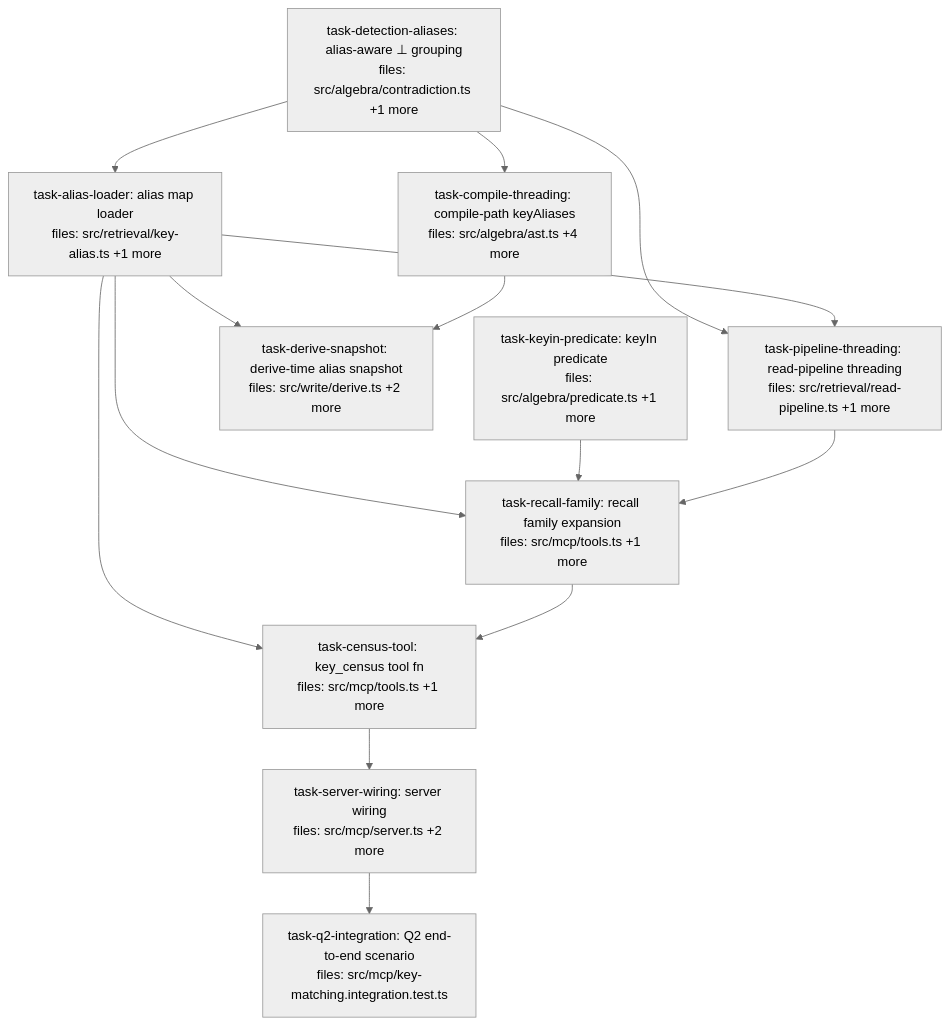
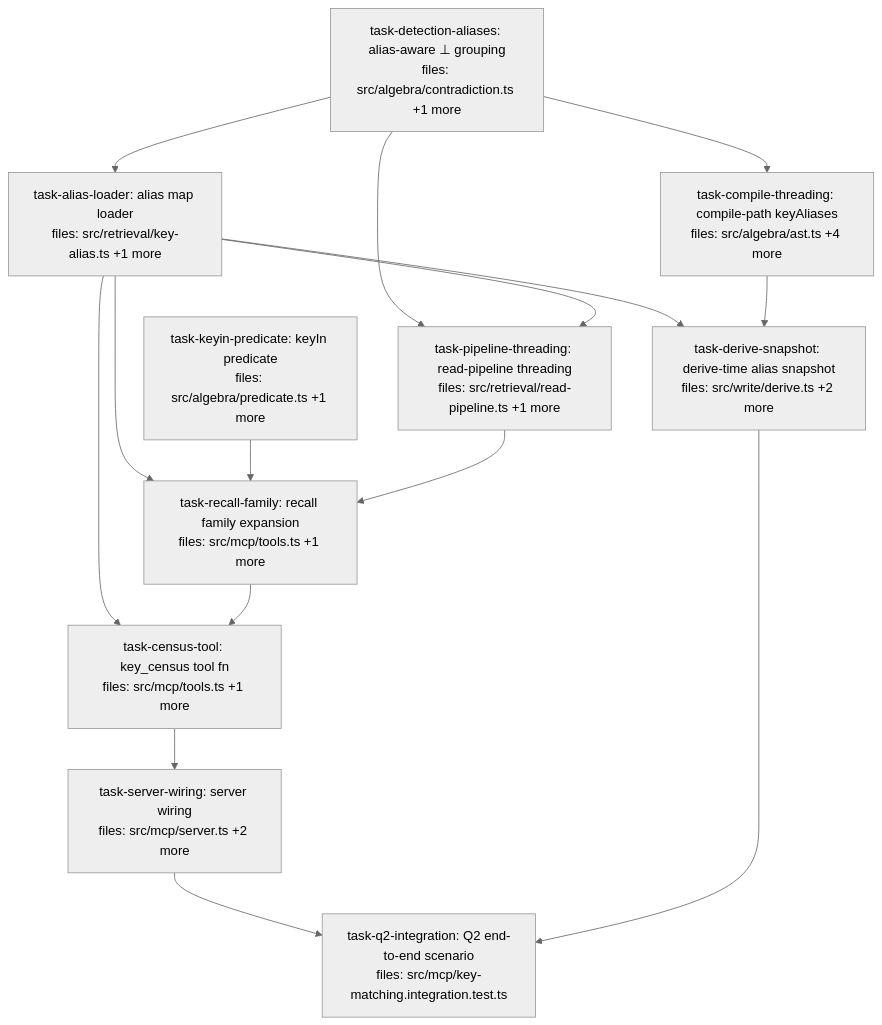
The diagram in docs/superpowers/plans/2026-06-06-key-matching-dag.md (BrettNye/Mneme), drawn with Mermaid (neutral theme) before and after one commit. The commit also changed other lines of this file and 1 other file, not shown here.

````diff
--- a/docs/superpowers/plans/2026-06-06-key-matching-dag.md
+++ b/docs/superpowers/plans/2026-06-06-key-matching-dag.md
@@ -6,33 +6,34 @@
 ```mermaid
 flowchart TD
     task-keyin-predicate["task-keyin-predicate: keyIn predicate<br/>files: src/algebra/predicate.ts +1 more"]
     task-detection-aliases["task-detection-aliases: alias-aware ⊥ grouping<br/>files: src/algebra/contradiction.ts +1 more"]
     task-alias-loader["task-alias-loader: alias map loader<br/>files: src/retrieval/key-alias.ts +1 more"]
     task-pipeline-threading["task-pipeline-threading: read-pipeline threading<br/>files: src/retrieval/read-pipeline.ts +1 more"]
     task-compile-threading["task-compile-threading: compile-path keyAliases<br/>files: src/algebra/ast.ts +4 more"]
     task-derive-snapshot["task-derive-snapshot: derive-time alias snapshot<br/>files: src/write/derive.ts +2 more"]
     task-recall-family["task-recall-family: recall family expansion<br/>files: src/mcp/tools.ts +1 more"]
     task-census-tool["task-census-tool: key_census tool fn<br/>files: src/mcp/tools.ts +1 more"]
     task-server-wiring["task-server-wiring: server wiring<br/>files: src/mcp/server.ts +2 more"]
     task-q2-integration["task-q2-integration: Q2 end-to-end scenario<br/>files: src/mcp/key-matching.integration.test.ts"]
 
     task-detection-aliases --> task-alias-loader
     task-detection-aliases --> task-pipeline-threading
     task-detection-aliases --> task-compile-threading
     task-alias-loader --> task-pipeline-threading
     task-alias-loader --> task-derive-snapshot
     task-alias-loader --> task-recall-family
     task-alias-loader --> task-census-tool
     task-compile-threading --> task-derive-snapshot
     task-keyin-predicate --> task-recall-family
     task-pipeline-threading --> task-recall-family
     task-recall-family --> task-census-tool
     task-census-tool --> task-server-wiring
     task-server-wiring --> task-q2-integration
+    task-derive-snapshot --> task-q2-integration
 
     classDef done fill:#90ee90,stroke:#333
     classDef ready fill:#fffacd,stroke:#333
     classDef running fill:#87ceeb,stroke:#333
     classDef failed fill:#ffb6c1,stroke:#333
     classDef skipped fill:#d3d3d3,stroke:#333,stroke-dasharray: 5 5
 ```
````
